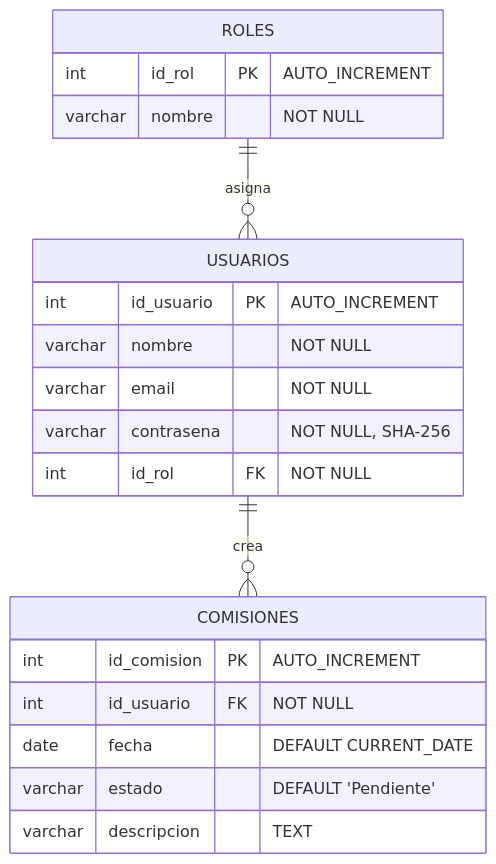
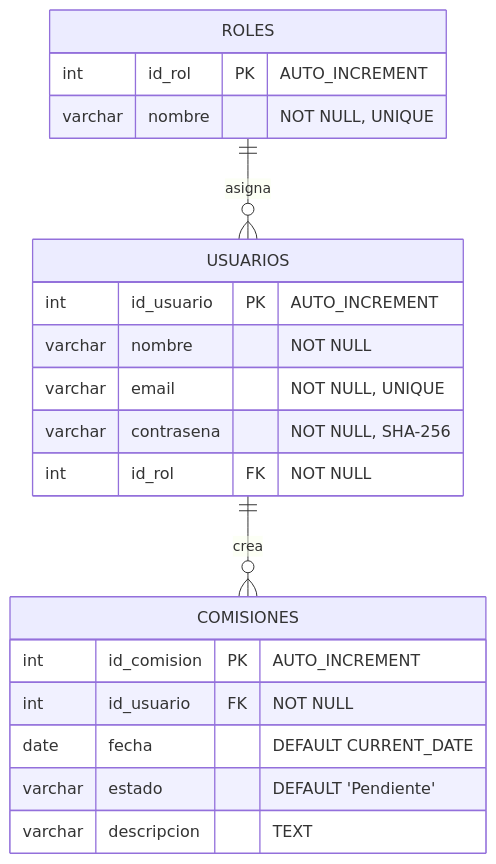
One commit to devcordoba/logisticom-2do-cuatrimestre changed the first of 2 diagrams in documentación/Diseño y Documentación de la Base de Datos.md. Above: the diagram before and after it, drawn with Mermaid. The commit also changed other lines of this file and 10 other files, not shown here.

````diff
--- a/documentación/Diseño y Documentación de la Base de Datos.md
+++ b/documentación/Diseño y Documentación de la Base de Datos.md
@@ -54,27 +54,27 @@
 ```mermaid
 erDiagram
     ROLES {
         int id_rol PK "AUTO_INCREMENT"
-        varchar nombre "NOT NULL"
+        varchar nombre "NOT NULL, UNIQUE"
     }
 
     USUARIOS {
         int id_usuario PK "AUTO_INCREMENT"
         varchar nombre "NOT NULL"
-        varchar email "NOT NULL"
+        varchar email "NOT NULL, UNIQUE"
         varchar contrasena "NOT NULL, SHA-256"
         int id_rol FK "NOT NULL"
     }
 
     COMISIONES {
         int id_comision PK "AUTO_INCREMENT"
         int id_usuario FK "NOT NULL"
         date fecha "DEFAULT CURRENT_DATE"
         varchar estado "DEFAULT 'Pendiente'"
         varchar descripcion "TEXT"
     }
 
     %% Relaciones
     ROLES ||--o{ USUARIOS : "asigna"
     USUARIOS ||--o{ COMISIONES : "crea"
 ```
````
